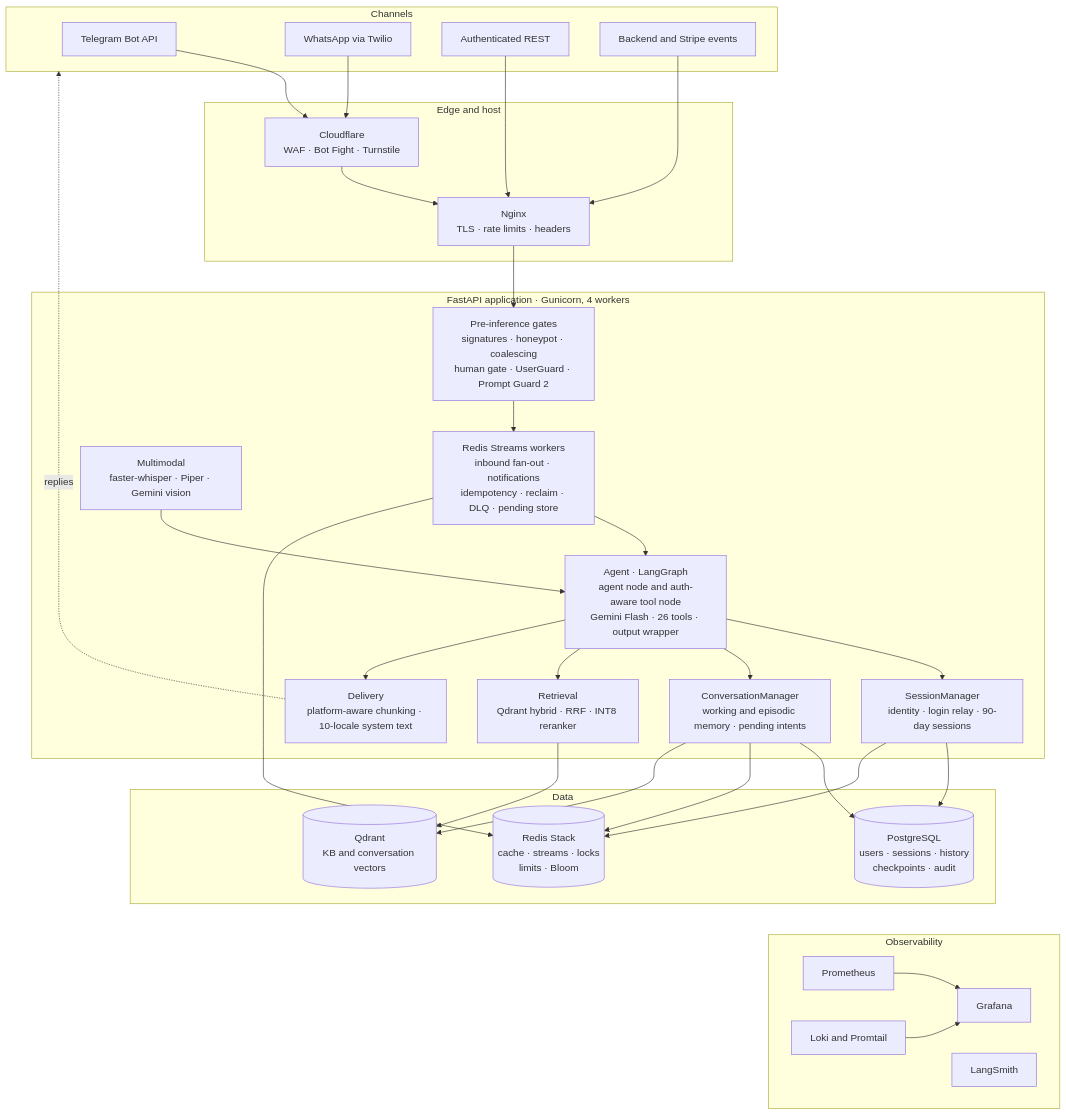
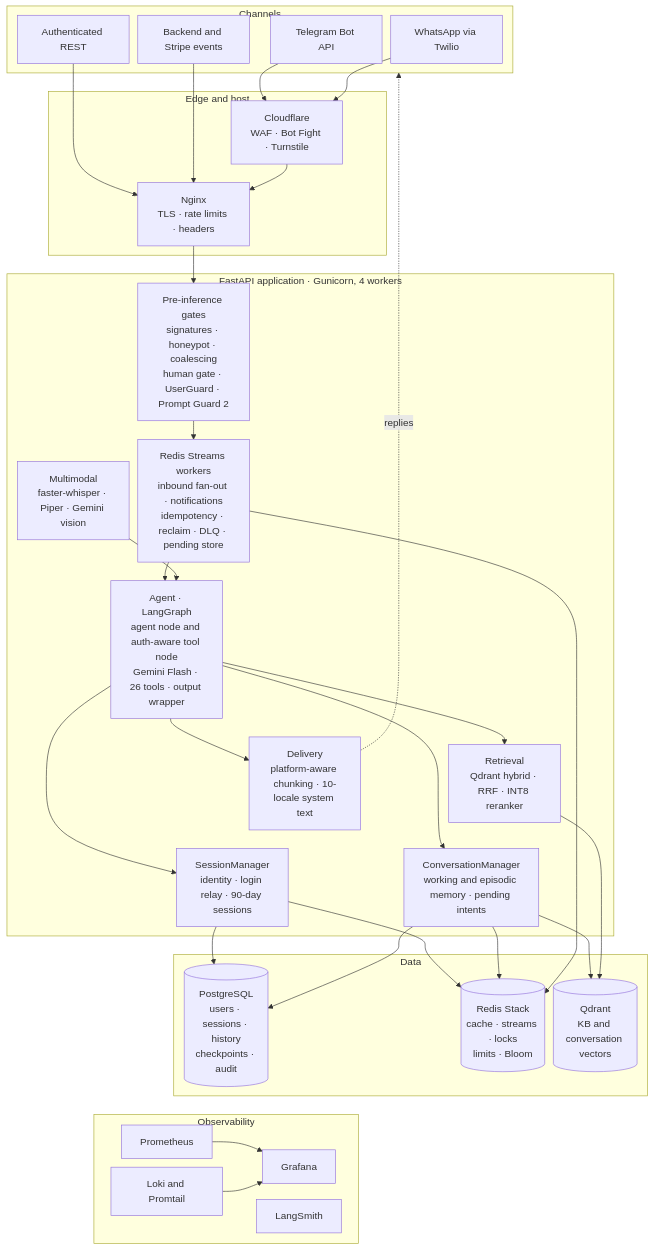
The first of 5 diagrams in docs/08-operations.md (JoshPola96/enterprise-ai-agent-architecture-esim), drawn with Mermaid before and after one commit. The commit also changed 5 other files, not shown here.

Commit message:
Lay out the chapter diagrams for phone screens

````diff
--- a/docs/08-operations.md
+++ b/docs/08-operations.md
@@ -12,60 +12,63 @@
 ```mermaid
+%%{init: {"flowchart": {"nodeSpacing": 14, "rankSpacing": 30, "wrappingWidth": 120}}}%%
 flowchart TB
     subgraph CH["Channels"]
         TG["Telegram Bot API"]
         WA["WhatsApp via Twilio"]
         REST["Authenticated REST"]
         BE["Backend and Stripe events"]
     end
 
     subgraph EDGE["Edge and host"]
         CF["Cloudflare<br/>WAF · Bot Fight · Turnstile"]
         NG["Nginx<br/>TLS · rate limits · headers"]
     end
 
     subgraph APP["FastAPI application · Gunicorn, 4 workers"]
         GATE["Pre-inference gates<br/>signatures · honeypot · coalescing<br/>human gate · UserGuard · Prompt Guard 2"]
         STR["Redis Streams workers<br/>inbound fan-out · notifications<br/>idempotency · reclaim · DLQ · pending store"]
         AG["Agent · LangGraph<br/>agent node and auth-aware tool node<br/>Gemini Flash · 26 tools · output wrapper"]
         SM["SessionManager<br/>identity · login relay · 90-day sessions"]
         CM["ConversationManager<br/>working and episodic memory · pending intents"]
         RAG["Retrieval<br/>Qdrant hybrid · RRF · INT8 reranker"]
         MM["Multimodal<br/>faster-whisper · Piper · Gemini vision"]
         DEL["Delivery<br/>platform-aware chunking · 10-locale system text"]
     end
 
     subgraph DATA["Data"]
         PG[("PostgreSQL<br/>users · sessions · history<br/>checkpoints · audit")]
         RD[("Redis Stack<br/>cache · streams · locks<br/>limits · Bloom")]
         QD[("Qdrant<br/>KB and conversation vectors")]
     end
 
     subgraph OBS["Observability"]
         PR["Prometheus"]
         GF["Grafana"]
         LK["Loki and Promtail"]
         LS["LangSmith"]
     end
 
     TG --> CF
     WA --> CF
     REST --> NG
     BE --> NG
     CF --> NG --> GATE --> STR --> AG
     MM --> AG
     AG --> SM
     AG --> CM
     AG --> RAG
     AG --> DEL
     DEL -. "replies" .-> CH
     SM --> PG
     SM --> RD
     CM --> PG
     CM --> RD
     CM --> QD
     RAG --> QD
     STR --> RD
     PR --> GF
     LK --> GF
     DATA ~~~ OBS
+    DEL ~~~ SM
+    RAG ~~~ CM
 ```
````
